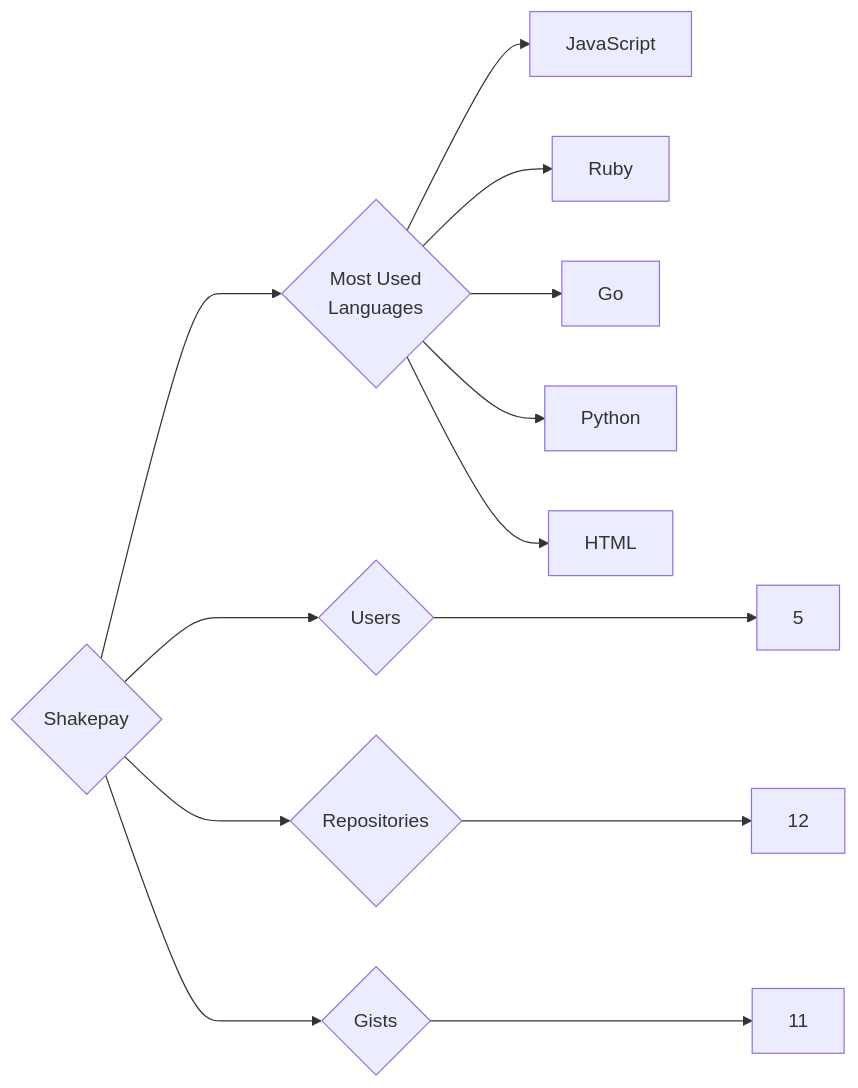
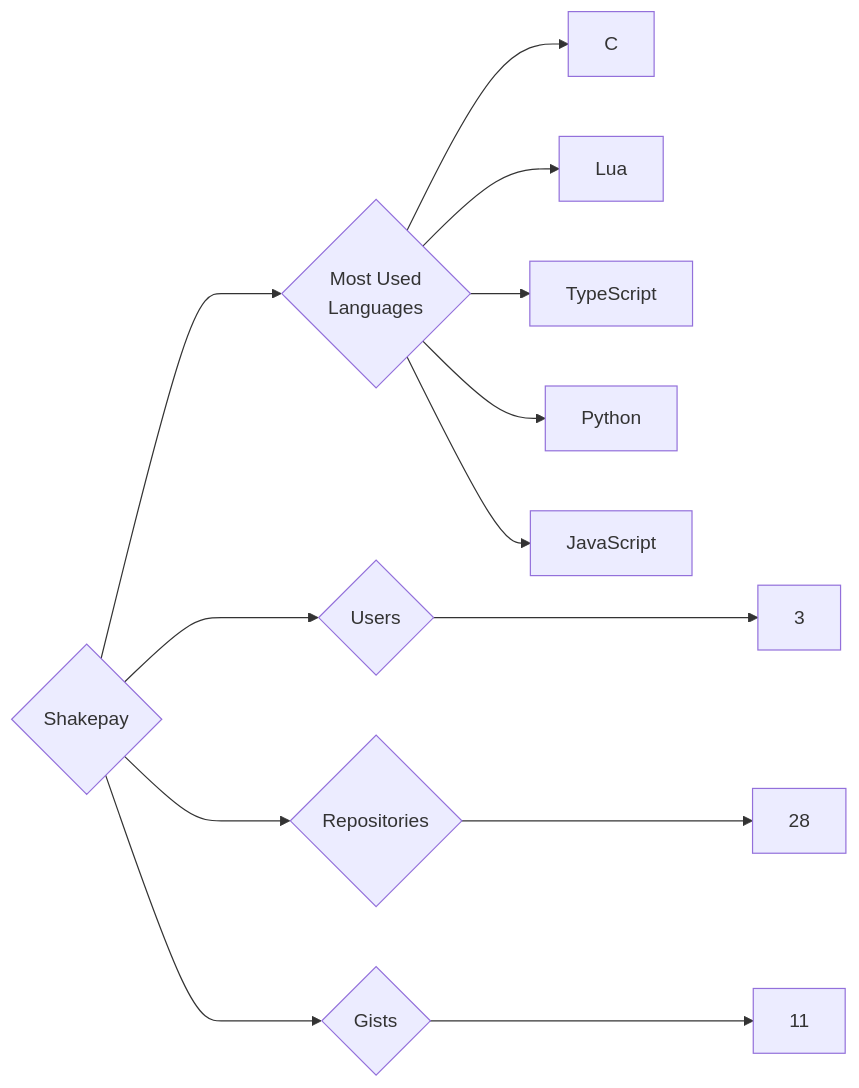
Before and after one commit to trickest/insiders: the diagram in targets/Shakepay/README.md, drawn with Mermaid. The commit also changed 895 other files, not shown here.

````diff
--- a/targets/Shakepay/README.md
+++ b/targets/Shakepay/README.md
@@ -3,13 +3,13 @@
 ```mermaid
 graph LR
 COMPANY_NAME{Shakepay}
-COMPANY_NAME ---> U{Users} ---> UN[5]
-COMPANY_NAME ---> R{Repositories} ---> RN[12]
+COMPANY_NAME ---> U{Users} ---> UN[3]
+COMPANY_NAME ---> R{Repositories} ---> RN[28]
 COMPANY_NAME ---> G{Gists} ---> GN[11]
 COMPANY_NAME ---> ML{Most Used<br>Languages}
+ML --> C[C]
+ML --> Lua[Lua]
+ML --> TypeScript[TypeScript]
+ML --> Python[Python]
 ML --> JavaScript[JavaScript]
-ML --> Ruby[Ruby]
-ML --> Go[Go]
-ML --> Python[Python]
-ML --> HTML[HTML]
 ```
````
